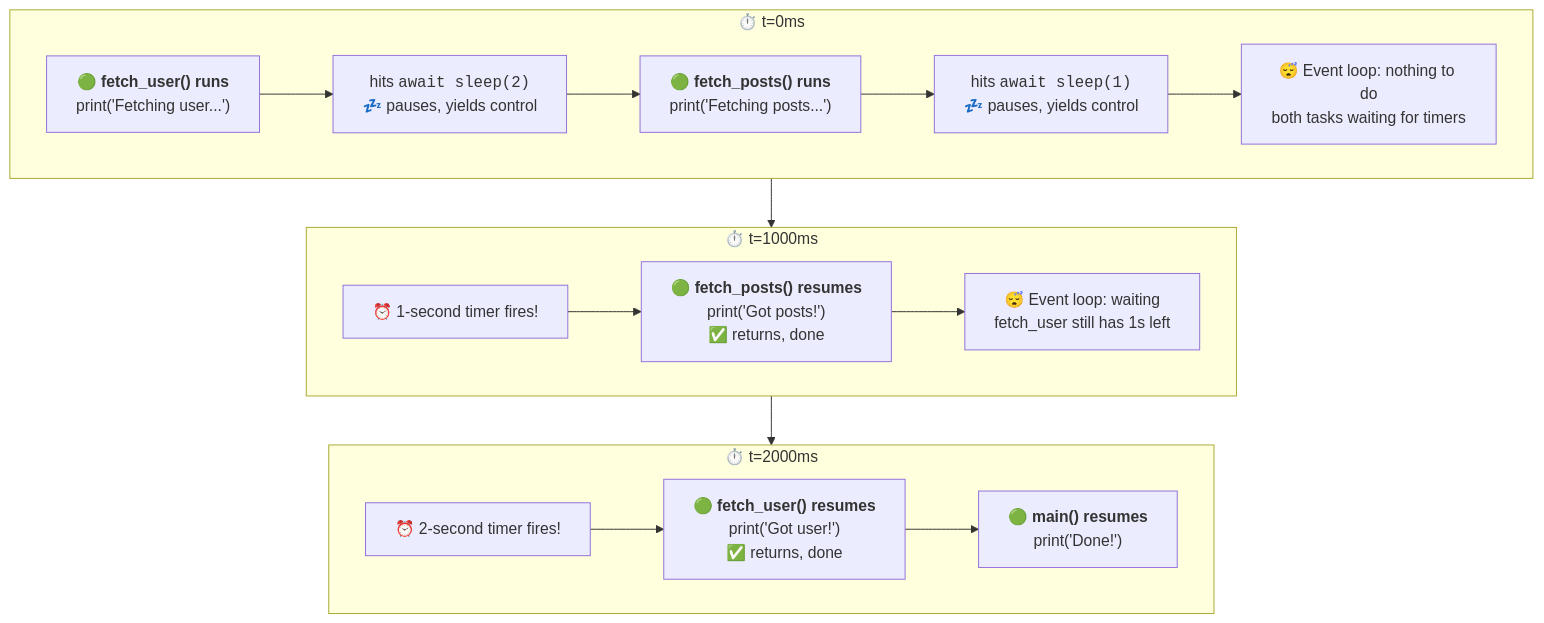
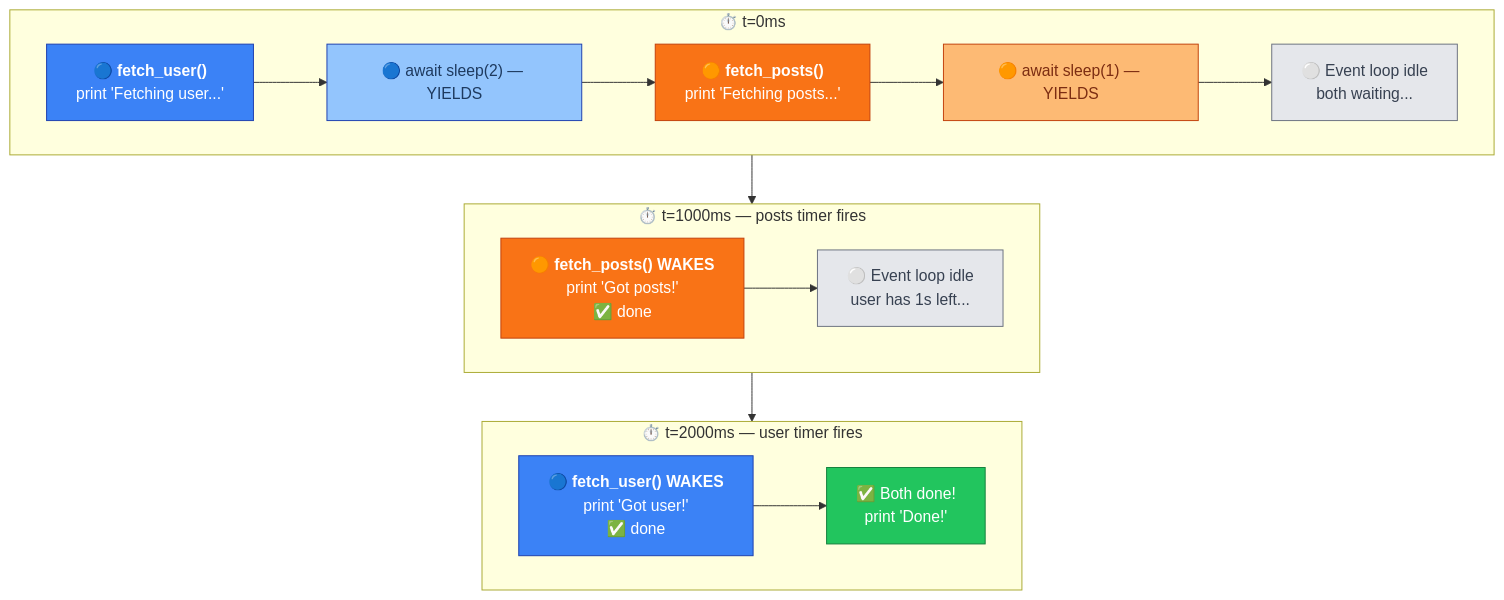
Before and after one commit to gitlost-murali/blogs: the seventh of 13 diagrams in _posts/2026-25-01-understanding-async-python.md, drawn with Mermaid. The commit also changed other lines of this file, not shown here.

Commit message:
add color coding for async visuals

```diff
--- a/_posts/2026-25-01-understanding-async-python.md
+++ b/_posts/2026-25-01-understanding-async-python.md
@@ -449,27 +449,32 @@
 <div class="mermaid">
 flowchart TD
     subgraph T0["⏱️ t=0ms"]
-        A1["🟢 <b>fetch_user() runs</b><br/>print('Fetching user...')"]
-        A2["hits <code>await sleep(2)</code><br/>💤 pauses, yields control"]
-        A3["🟢 <b>fetch_posts() runs</b><br/>print('Fetching posts...')"]
-        A4["hits <code>await sleep(1)</code><br/>💤 pauses, yields control"]
-        A5["😴 Event loop: nothing to do<br/>both tasks waiting for timers"]
+        A1["🔵 <b>fetch_user()</b><br/>print 'Fetching user...'"]:::user
+        A2["🔵 await sleep(2) — YIELDS"]:::userpause
+        A3["🟠 <b>fetch_posts()</b><br/>print 'Fetching posts...'"]:::posts
+        A4["🟠 await sleep(1) — YIELDS"]:::postspause
+        A5["⚪ Event loop idle<br/>both waiting..."]:::idle
         A1 --> A2 --> A3 --> A4 --> A5
     end
 
-    subgraph T1["⏱️ t=1000ms"]
-        B1["⏰ 1-second timer fires!"]
-        B2["🟢 <b>fetch_posts() resumes</b><br/>print('Got posts!')<br/>✅ returns, done"]
-        B3["😴 Event loop: waiting<br/>fetch_user still has 1s left"]
-        B1 --> B2 --> B3
+    subgraph T1["⏱️ t=1000ms — posts timer fires"]
+        B1["🟠 <b>fetch_posts() WAKES</b><br/>print 'Got posts!'<br/>✅ done"]:::posts
+        B2["⚪ Event loop idle<br/>user has 1s left..."]:::idle
+        B1 --> B2
     end
 
-    subgraph T2["⏱️ t=2000ms"]
-        C1["⏰ 2-second timer fires!"]
-        C2["🟢 <b>fetch_user() resumes</b><br/>print('Got user!')<br/>✅ returns, done"]
-        C3["🟢 <b>main() resumes</b><br/>print('Done!')"]
-        C1 --> C2 --> C3
+    subgraph T2["⏱️ t=2000ms — user timer fires"]
+        C1["🔵 <b>fetch_user() WAKES</b><br/>print 'Got user!'<br/>✅ done"]:::user
+        C2["✅ Both done!<br/>print 'Done!'"]:::done
+        C1 --> C2
     end
 
     T0 --> T1 --> T2
+
+    classDef user fill:#3b82f6,stroke:#1e40af,color:#fff
+    classDef userpause fill:#93c5fd,stroke:#1e40af,color:#1e3a5f
+    classDef posts fill:#f97316,stroke:#c2410c,color:#fff
+    classDef postspause fill:#fdba74,stroke:#c2410c,color:#7c2d12
+    classDef idle fill:#e5e7eb,stroke:#6b7280,color:#374151
+    classDef done fill:#22c55e,stroke:#15803d,color:#fff
 </div>
```
